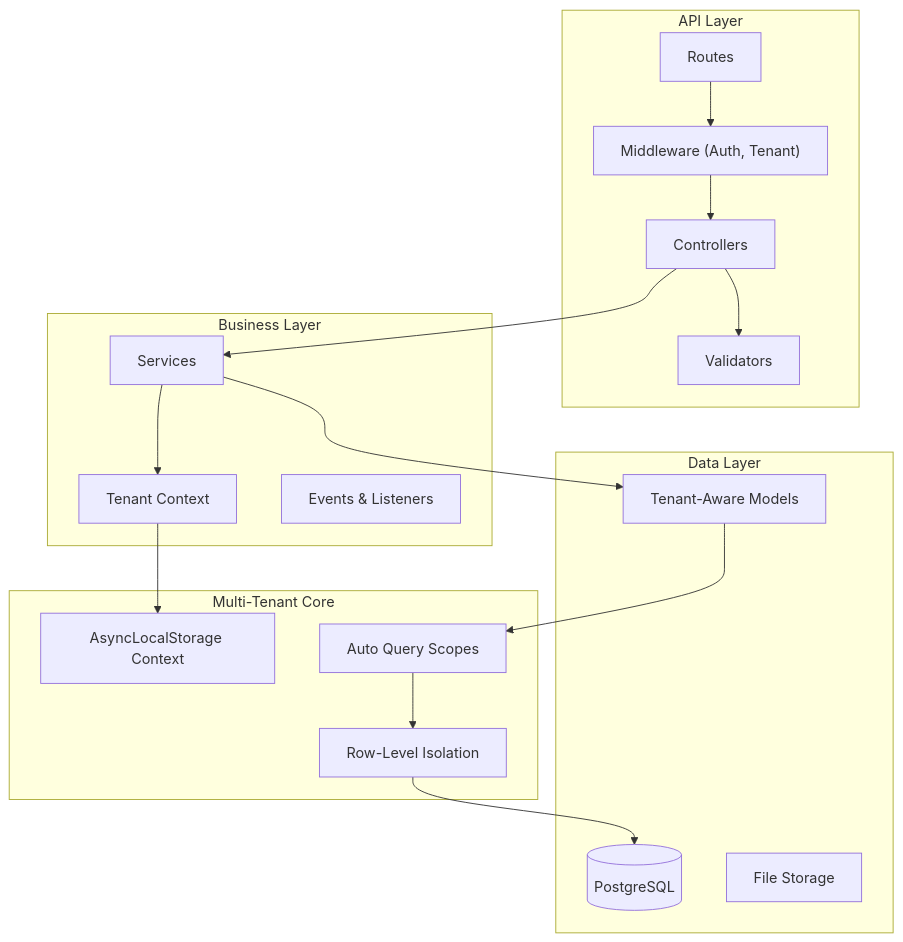
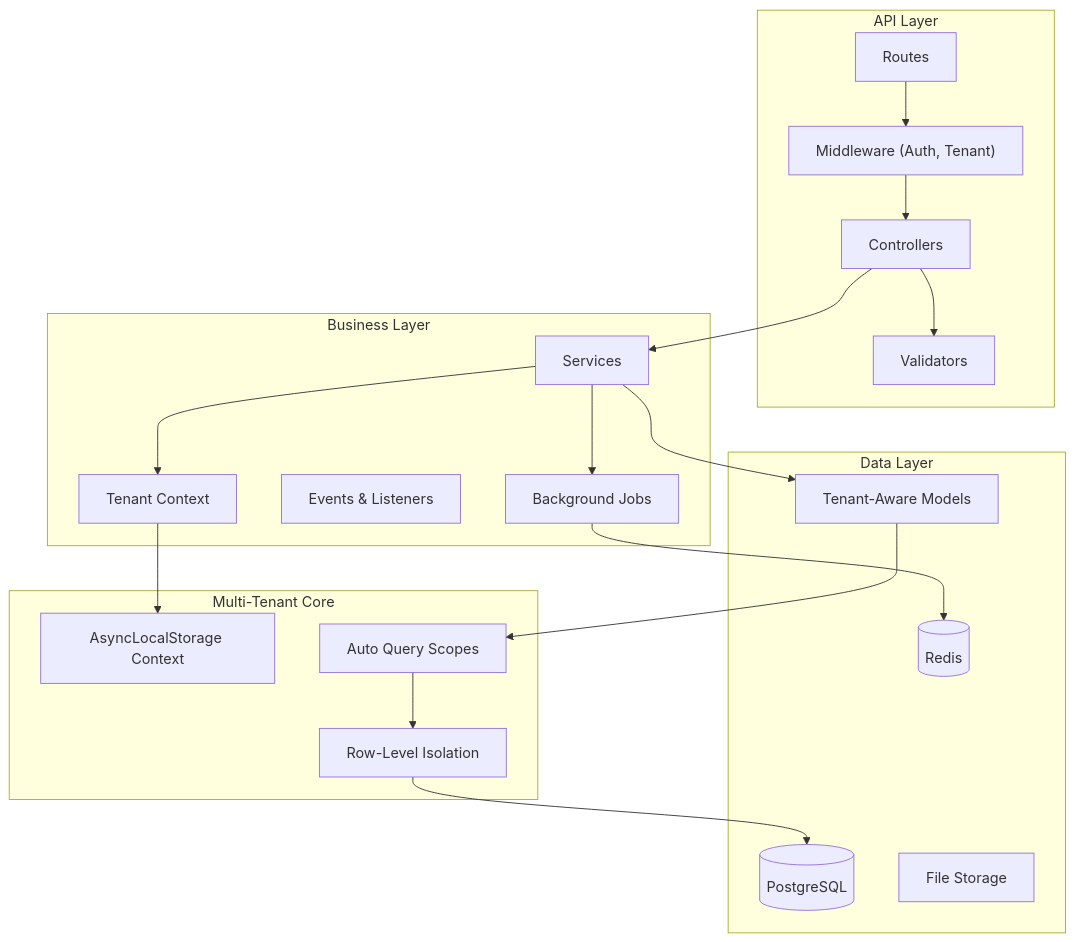
One commit to gabrielmaialva33/juridicai changed the diagram in README.md. Above: the diagram before and after it, drawn with Mermaid. The commit also changed other lines of this file and 1 other file, not shown here.

````diff
--- a/README.md
+++ b/README.md
@@ -40,38 +43,42 @@
 ```mermaid
 graph TD
     subgraph "API Layer"
         API_ROUTES[Routes]
         API_MW["Middleware (Auth, Tenant)"]
         API_CTRL[Controllers]
         API_VALIDATORS[Validators]
     end
 
     subgraph "Business Layer"
         BL_SERVICES[Services]
         BL_TENANT[Tenant Context]
         BL_EVENTS[Events & Listeners]
+        BL_JOBS[Background Jobs]
     end
 
     subgraph "Data Layer"
         DL_MODELS[Tenant-Aware Models]
         DL_DB[(PostgreSQL)]
+        DL_CACHE[(Redis)]
         DL_STORAGE[File Storage]
     end
 
     subgraph "Multi-Tenant Core"
         MT_CONTEXT[AsyncLocalStorage Context]
         MT_SCOPES[Auto Query Scopes]
         MT_ISOLATION[Row-Level Isolation]
     end
 
     API_ROUTES --> API_MW
     API_MW --> API_CTRL
     API_CTRL --> API_VALIDATORS
     API_CTRL --> BL_SERVICES
     BL_SERVICES --> BL_TENANT
+    BL_SERVICES --> BL_JOBS
     BL_SERVICES --> DL_MODELS
     DL_MODELS --> MT_SCOPES
     MT_SCOPES --> MT_ISOLATION
     MT_ISOLATION --> DL_DB
     BL_TENANT --> MT_CONTEXT
+    BL_JOBS --> DL_CACHE
 ```
````
